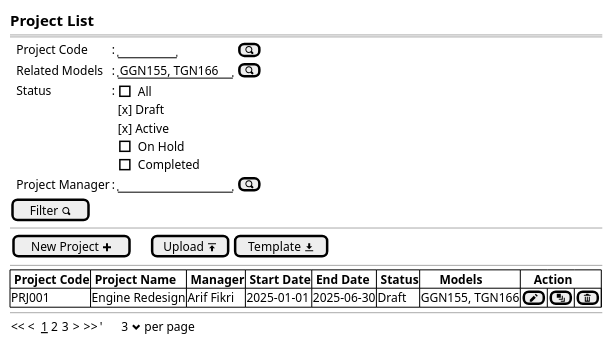
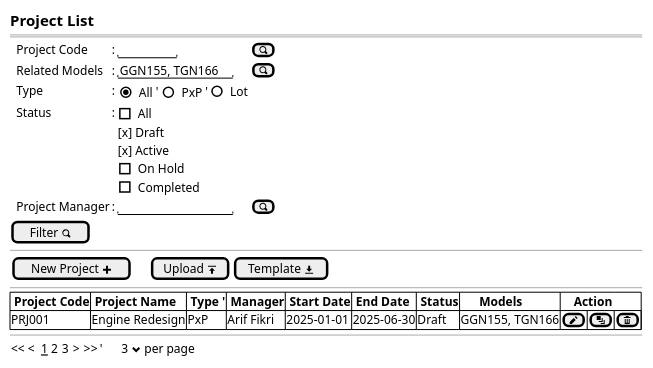
Before and after one commit to ari-fikri/packing-cost-mockup: the diagram in Project/project - new step0a.puml, drawn with PlantUML. The commit also changed 3 other files, not shown here.

Commit message:
To Project forms: - Add X (close) button - Add Upload/Download template - Add Project type to filter and tables (lot/part by part)

```diff
--- a/Project/project - new step0a.puml
+++ b/Project/project - new step0a.puml
@@ -1,34 +1,35 @@
 @startsalt
 {
   <size:15><b>Project List
   ==
   {
     .|Project Code      |: |"       "|[<&magnifying-glass>]|*
     .|Related Models    |: |"GGN155, TGN166"| [<&magnifying-glass>]|*
+    .|Type              |: {|{(X)All}   '|    {()PxP}        '|   ()Lot}
     .|Status |:|
     {
       [ ] All
       [x] Draft
       [x] Active
       [ ] On Hold
       [ ] Completed
     }|*
     .|Project Manager |: |"              "|[<&magnifying-glass>]|*
   }
   [Filter <&magnifying-glass>]|
   .
   --
   {
   [New Project <&plus>]||.|.|.|[Upload <&data-transfer-upload>]| [Template <&data-transfer-download>]|*
   }
   --
   {#
-    |<b> Project Code    |<b> Project Name          |<b> Manager         |<b> Start Date |<b> End Date   |<b> Status     |<b>      Models     |<b>    Action |*|*|*|*|*|*|*
-    | PRJ001            | Engine Redesign          | Arif Fikri         | 2025-01-01    | 2025-06-30    | Draft         | GGN155, TGN166     |[<&pencil>]|[<&layers>]|[<&trash>]|*
+    |<b> Project Code    |<b> Project Name          |<b> Type '|<b> Manager         |<b> Start Date |<b> End Date   |<b> Status     |<b>      Models     |<b>    Action |*|*|*|*|*|*|*
+    | PRJ001            | Engine Redesign           |PxP    | Arif Fikri         | 2025-01-01    | 2025-06-30    | Draft         | GGN155, TGN166     |[<&pencil>]|[<&layers>]|[<&trash>]|*
   }
   --
   {
   << <  __1__ 2 3  > >>  |'      3 <&chevron-bottom> per page |*
   }
 }
 @endsalt
```
